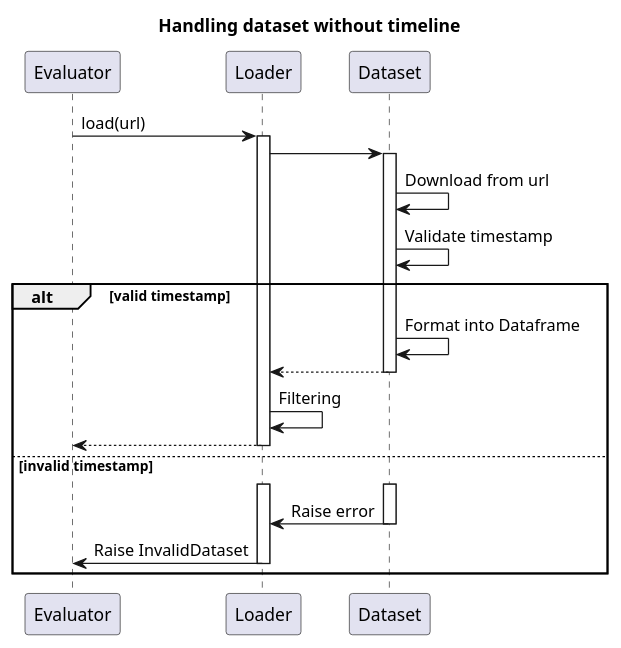
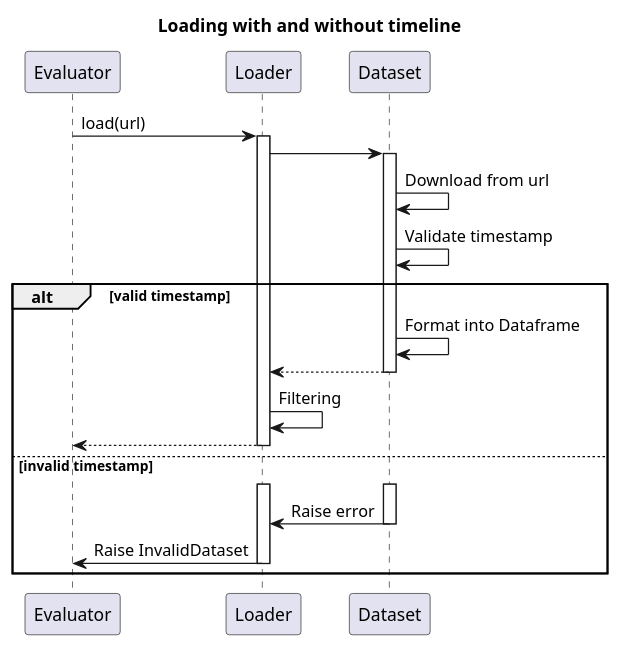
One commit to HiIAmTzeKean/Streamsight changed the third of 6 diagrams in docs/architecture_draft.md. Above: the diagram before and after it, drawn with PlantUML. The commit also changed other lines of this file, not shown here.

Commit message:
feat: version 1 architecture

````diff
--- a/docs/architecture_draft.md
+++ b/docs/architecture_draft.md
@@ -102,27 +105,27 @@
 ```plantuml
-@startuml Loading without timeline
-title Handling dataset without timeline
+@startuml Loading with and without timeline
+title Loading with and without timeline
 Evaluator -> Loader : load(url)
 activate Loader
 Loader -> Dataset
 
 activate Dataset
 Dataset -> Dataset : Download from url
 Dataset -> Dataset : Validate timestamp
 alt valid timestamp
     Dataset -> Dataset : Format into Dataframe
     Dataset --> Loader --
 
     Loader -> Loader : Filtering
 
     Loader --> Evaluator --
 else invalid timestamp
     Dataset -[hidden]> Loader ++
     activate Dataset
 
     Dataset -> Loader --: Raise error
     Loader -> Evaluator --: Raise InvalidDataset
 end
 
 @enduml
 ```
````
